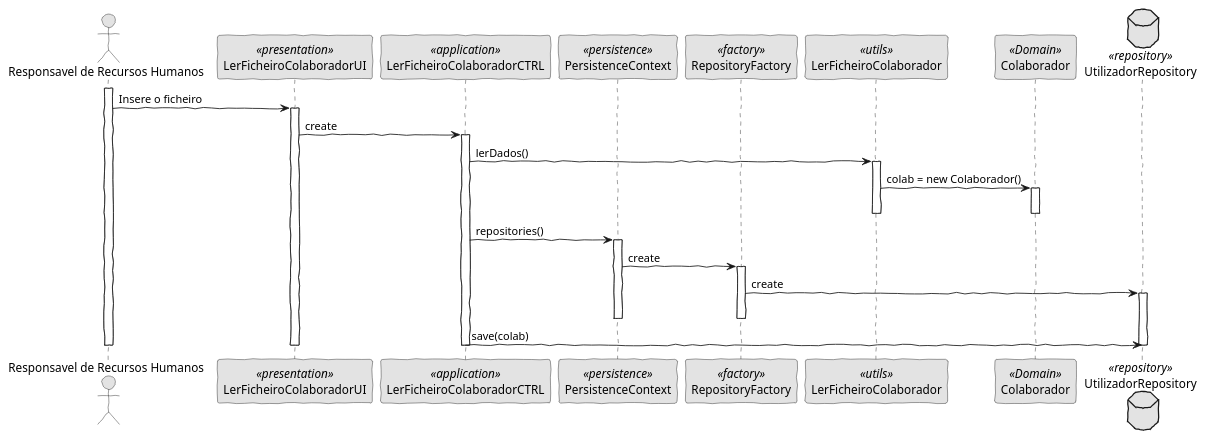
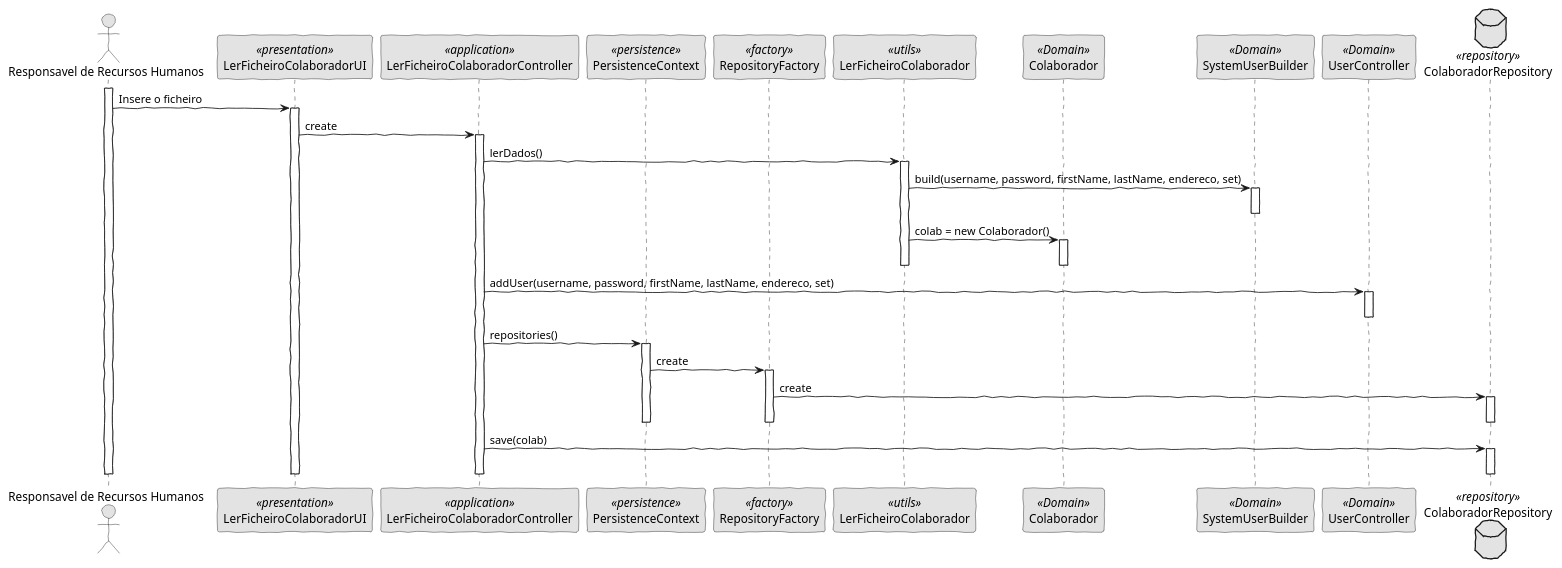
One commit to pedrolemos4/LAPR4 changed the diagram in docs/US2051/SD_Ficheiro.puml. Above: the diagram before and after it, drawn with PlantUML. The commit also changed 7 other files, not shown here.

```diff
--- a/docs/US2051/SD_Ficheiro.puml
+++ b/docs/US2051/SD_Ficheiro.puml
@@ -1,44 +1,54 @@
 @startuml
 'http://plantuml.com/skinparam.html
 skinparam handwritten true
 skinparam monochrome true
 skinparam packageStyle rect
 skinparam defaultFontName FG Virgil
 skinparam shadowing false
 
 Actor "Responsavel de Recursos Humanos" as Actor
 participant LerFicheiroColaboradorUI as UI <<presentation>>
-participant LerFicheiroColaboradorCTRL as Controller <<application>>
+participant LerFicheiroColaboradorController as Controller <<application>>
 participant PersistenceContext as Persistence <<persistence>>
 participant RepositoryFactory as Factory <<factory>>
 participant LerFicheiroColaborador as LerFicheiroColaborador <<utils>>
 participant Colaborador as Colaborador <<Domain>>
-database UtilizadorRepository as CRepository <<repository>>
+participant SystemUserBuilder as SystemUserBuilder <<Domain>>
+participant UserController as UserController <<Domain>>
+database ColaboradorRepository as CRepository <<repository>>
 
 
 activate Actor
       Actor -> UI: Insere o ficheiro
     activate UI
       UI -> Controller: create
     activate Controller
       Controller -> LerFicheiroColaborador: lerDados()
     activate LerFicheiroColaborador
+      LerFicheiroColaborador -> SystemUserBuilder: build(username, password, firstName, lastName, endereco, set)
+    activate SystemUserBuilder
+    deactivate SystemUserBuilder
       LerFicheiroColaborador -> Colaborador: colab = new Colaborador()
     activate Colaborador
     deactivate Colaborador
     deactivate LerFicheiroColaborador
+      Controller -> UserController: addUser(username, password, firstName, lastName, endereco, set)
+    activate UserController
+    deactivate UserController
     Controller -> Persistence: repositories()
     activate Persistence
       Persistence -> Factory: create
     activate Factory
       Factory -> CRepository: create
     activate CRepository
+    deactivate CRepository
     deactivate Factory
     deactivate Persistence
       Controller -> CRepository: save(colab)
+    activate CRepository
     deactivate CRepository
     deactivate Controller
     deactivate UI
 
 deactivate Actor
 @enduml
```
